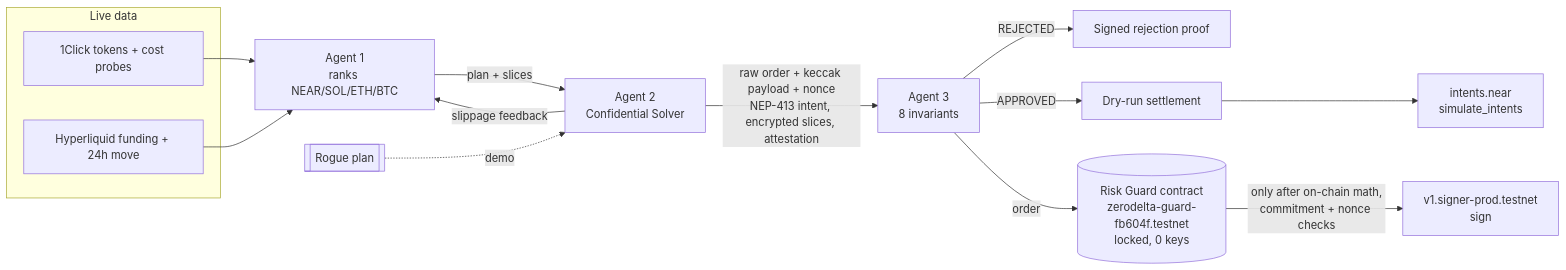
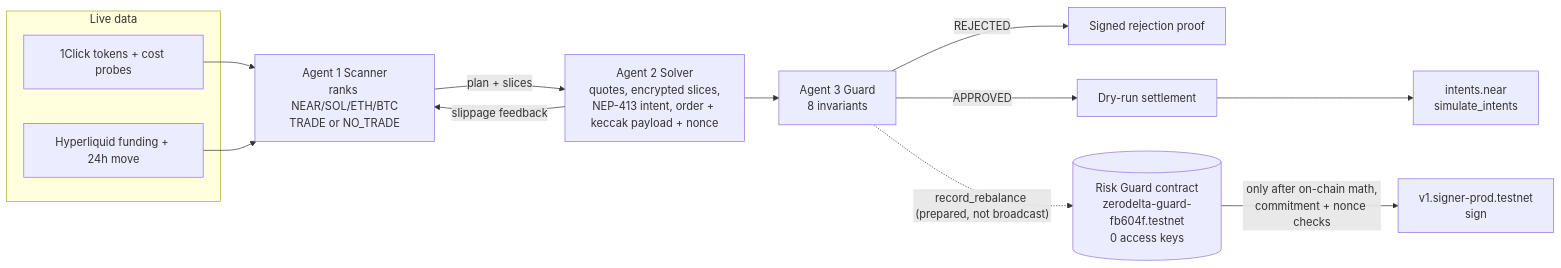
Before and after one commit to g4stein/zerodelta: the diagram in README.md, drawn with Mermaid. The commit also changed other lines of this file and 30 other files, not shown here.

````diff
--- a/README.md
+++ b/README.md
@@ -197,18 +43,17 @@
 ```mermaid
 flowchart LR
   subgraph Live data
     T[1Click tokens + cost probes]
     F[Hyperliquid funding + 24h move]
   end
   T --> A1
   F --> A1
-  A1[Agent 1<br/>ranks NEAR/SOL/ETH/BTC] -- plan + slices --> A2
+  A1[Agent 1 Scanner<br/>ranks NEAR/SOL/ETH/BTC<br/>TRADE or NO_TRADE] -- plan + slices --> A2
   A2 -- slippage feedback --> A1
-  R[[Rogue plan]] -. demo .-> A2
-  A2[Agent 2<br/>Confidential Solver] -- "raw order + keccak payload + nonce<br/>NEP-413 intent, encrypted slices, attestation" --> A3
-  A3[Agent 3<br/>8 invariants] -- REJECTED --> X[Signed rejection proof]
+  A2[Agent 2 Solver<br/>quotes, encrypted slices,<br/>NEP-413 intent, order + keccak payload + nonce] --> A3
+  A3[Agent 3 Guard<br/>8 invariants] -- REJECTED --> X[Signed rejection proof]
   A3 -- APPROVED --> S[Dry-run settlement]
   S --> I[intents.near<br/>simulate_intents]
-  A3 -- order --> C[(Risk Guard contract<br/>zerodelta-guard-fb604f.testnet<br/>locked, 0 keys)]
-  C -- "only after on-chain math,<br/>commitment + nonce checks" --> M[v1.signer-prod.testnet<br/>sign]
+  A3 -. "record_rebalance (prepared, not broadcast)" .-> C
+  C[(Risk Guard contract<br/>zerodelta-guard-fb604f.testnet<br/>0 access keys)] -- "only after on-chain math,<br/>commitment + nonce checks" --> M[v1.signer-prod.testnet<br/>sign]
 ```
````
